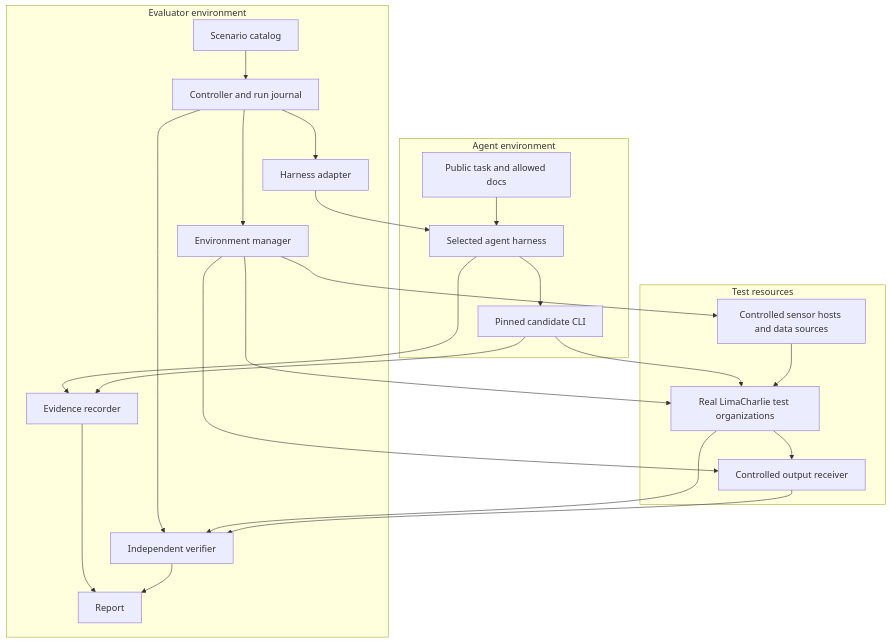
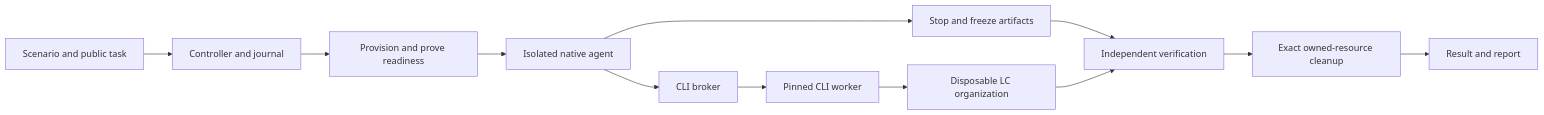
Before and after one commit to refractionPOINT/lc-ai: the diagram in evals/ARCHITECTURE.md, drawn with Mermaid. The commit also changed other lines of this file and 10 other files, not shown here.

````diff
--- a/evals/ARCHITECTURE.md
+++ b/evals/ARCHITECTURE.md
@@ -31,31 +7,14 @@
 ```mermaid
-flowchart TB
-    subgraph ControllerSide[Evaluator environment]
-        Catalog[Scenario catalog] --> Controller[Controller and run journal]
-        Controller --> Fixtures[Environment manager]
-        Controller --> Adapter[Harness adapter]
-        Controller --> Verifier[Independent verifier]
-        Recorder[Evidence recorder] --> Report[Report]
-        Verifier --> Report
-    end
-    subgraph CandidateSide[Agent environment]
-        Agent[Selected agent harness] --> CLI[Pinned candidate CLI]
-        Docs[Public task and allowed docs] --> Agent
-    end
-    subgraph TestWorld[Test resources]
-        LC[Real LimaCharlie test organizations]
-        Hosts[Controlled sensor hosts and data sources]
-        Sink[Controlled output receiver]
-    end
-    Adapter --> Agent
-    Fixtures --> LC
-    Fixtures --> Hosts
-    Fixtures --> Sink
-    CLI --> LC
-    Hosts --> LC
-    LC --> Sink
-    LC --> Verifier
-    Sink --> Verifier
-    Agent --> Recorder
-    CLI --> Recorder
+flowchart LR
+    Task[Scenario and public task] --> C[Controller and journal]
+    C --> F[Provision and prove readiness]
+    F --> A[Isolated native agent]
+    A --> B[CLI broker]
+    B --> W[Pinned CLI worker]
+    W --> LC[Disposable LC organization]
+    A --> Stop[Stop and freeze artifacts]
+    Stop --> V[Independent verification]
+    LC --> V
+    V --> Clean[Exact owned-resource cleanup]
+    Clean --> R[Result and report]
 ```
````
